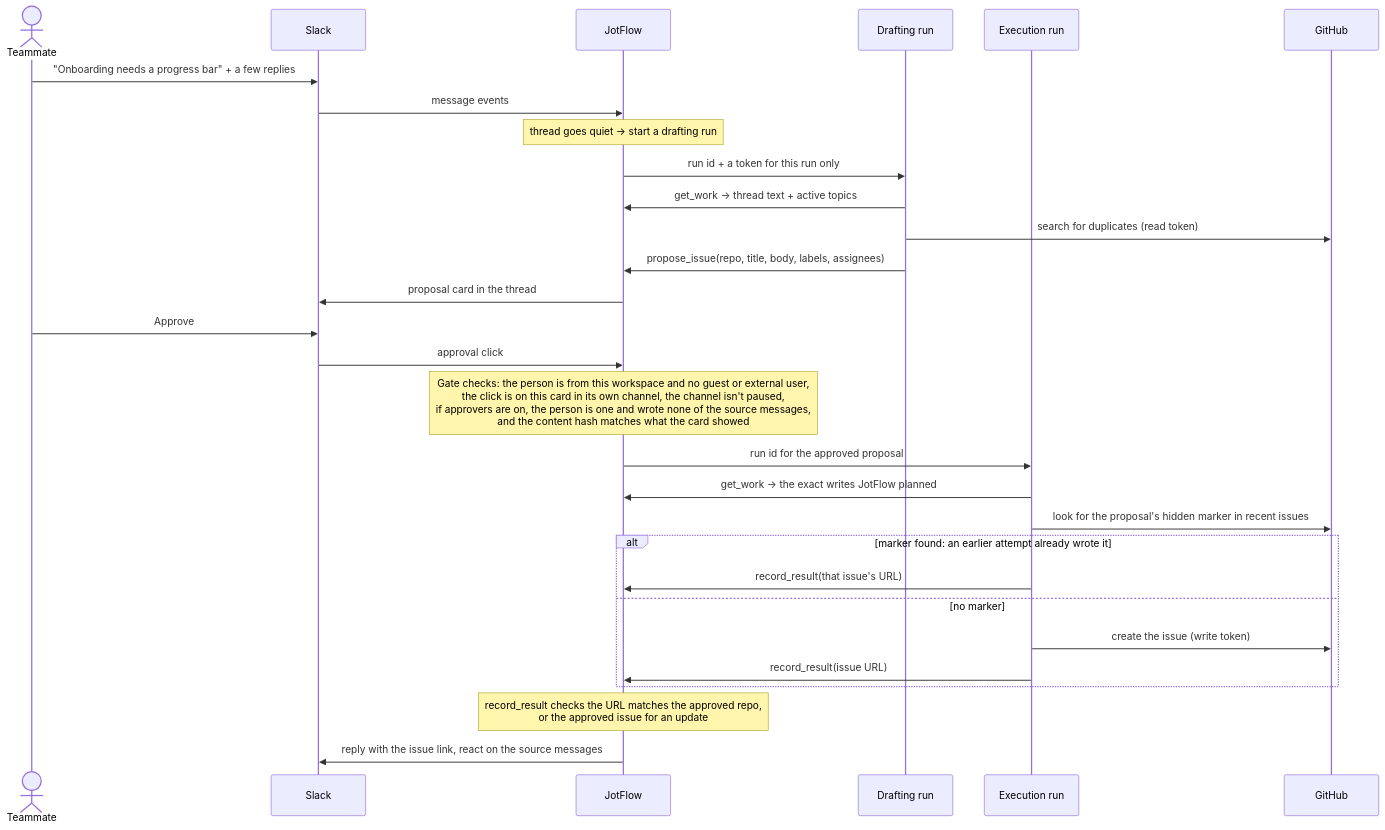
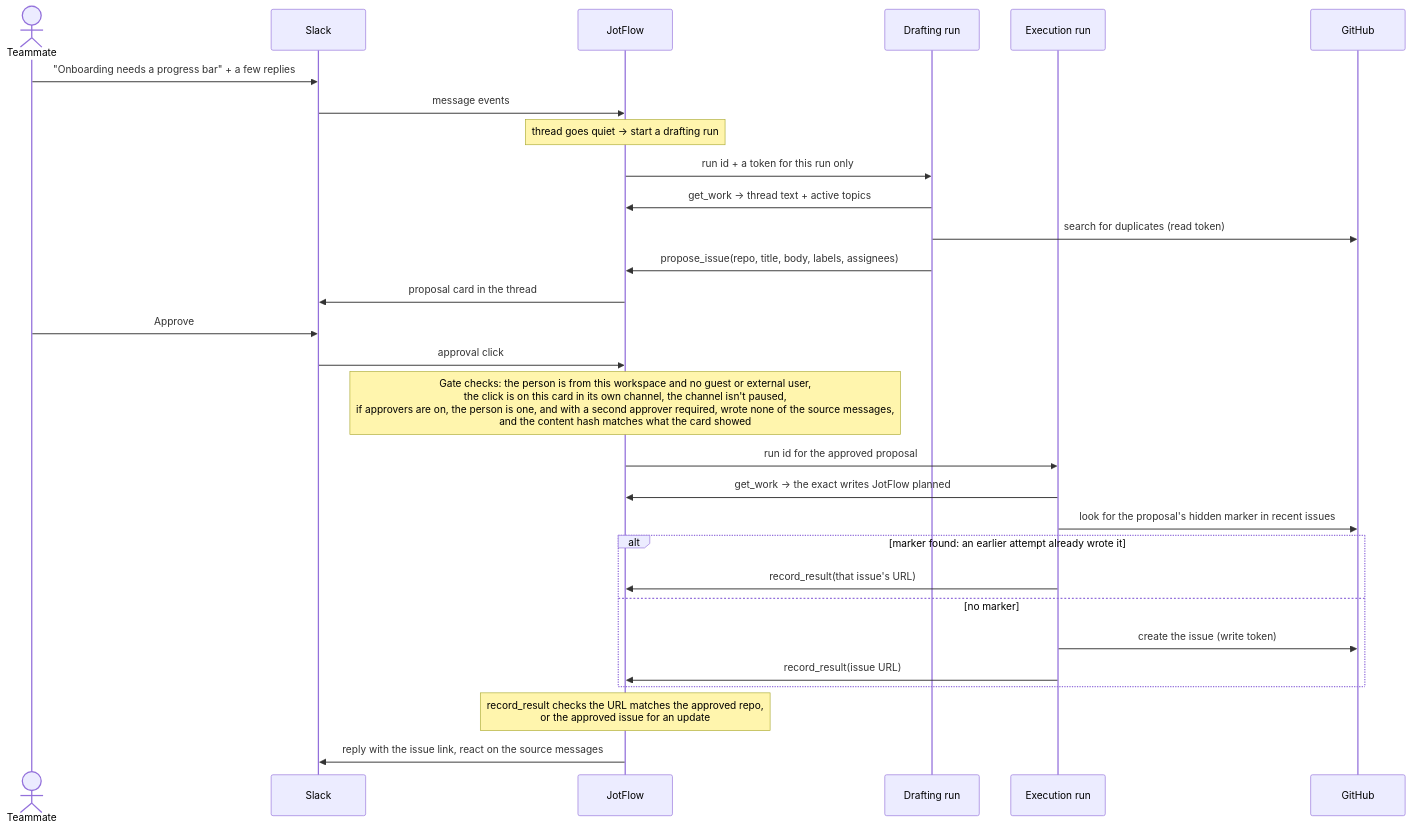
The second of 2 diagrams in README.md (Jnkman787/jotflow), drawn with Mermaid before and after one commit. The commit also changed 15 other files, not shown here.

First line of the commit message:
feat(approval): listed approvers may approve their own proposals by default (#245)

````diff
--- a/README.md
+++ b/README.md
@@ -72,32 +72,32 @@
 ```mermaid
 sequenceDiagram
     actor T as Teammate
     participant S as Slack
     participant U as JotFlow
     participant D as Drafting run
     participant E as Execution run
     participant G as GitHub
 
     T->>S: "Onboarding needs a progress bar" + a few replies
     S->>U: message events
     Note over U: thread goes quiet → start a drafting run
     U->>D: run id + a token for this run only
     D->>U: get_work → thread text + active topics
     D->>G: search for duplicates (read token)
     D->>U: propose_issue(repo, title, body, labels, assignees)
     U->>S: proposal card in the thread
     T->>S: Approve
     S->>U: approval click
-    Note over U: Gate checks: the person is from this workspace and no guest or external user,<br/>the click is on this card in its own channel, the channel isn't paused,<br/>if approvers are on, the person is one and wrote none of the source messages,<br/>and the content hash matches what the card showed
+    Note over U: Gate checks: the person is from this workspace and no guest or external user,<br/>the click is on this card in its own channel, the channel isn't paused,<br/>if approvers are on, the person is one, and with a second approver required, wrote none of the source messages,<br/>and the content hash matches what the card showed
     U->>E: run id for the approved proposal
     E->>U: get_work → the exact writes JotFlow planned
     E->>G: look for the proposal's hidden marker in recent issues
     alt marker found: an earlier attempt already wrote it
         E->>U: record_result(that issue's URL)
     else no marker
         E->>G: create the issue (write token)
         E->>U: record_result(issue URL)
     end
     Note over U: record_result checks the URL matches the approved repo,<br/>or the approved issue for an update
     U->>S: reply with the issue link, react on the source messages
 ```
````
